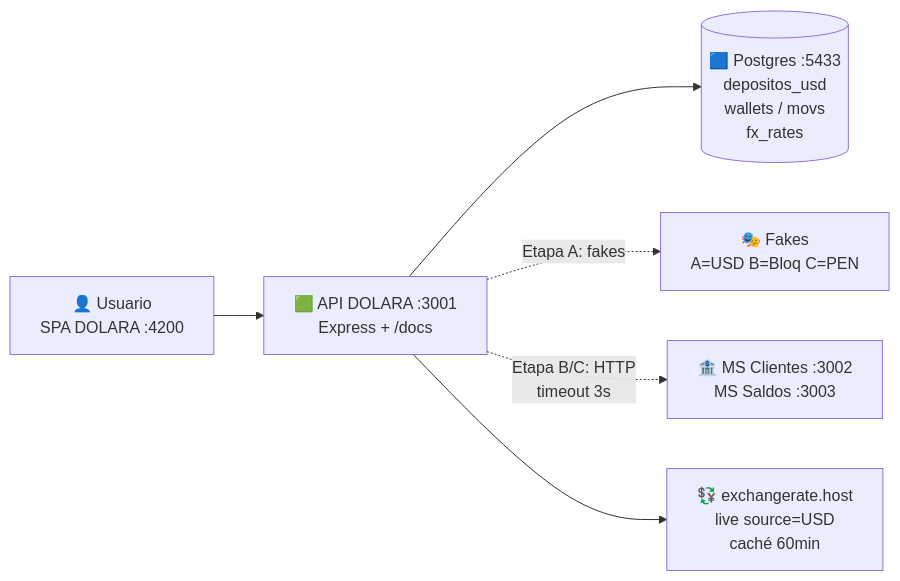
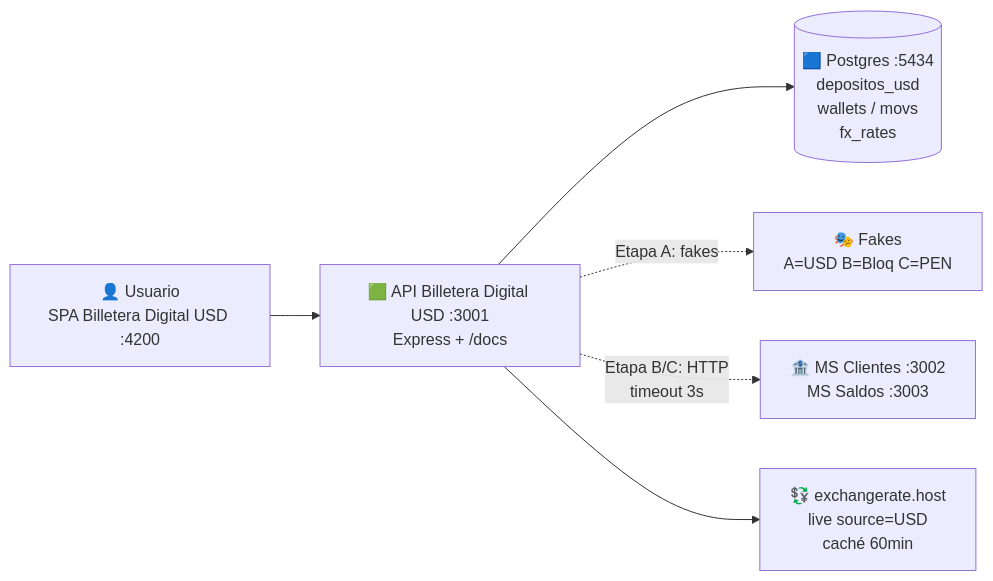
The first of 5 diagrams in specs/001-billetera-usd/06_ARQUITECTURA_Y_FLUJOS.md (Sebitafx/dolara-billetera-usd), drawn with Mermaid before and after one commit. The commit also changed other lines of this file and 63 other files, not shown here.

Commit message:
feat: completar billetera USD y contrato de integración

````diff
--- a/specs/001-billetera-usd/06_ARQUITECTURA_Y_FLUJOS.md
+++ b/specs/001-billetera-usd/06_ARQUITECTURA_Y_FLUJOS.md
@@ -31,8 +31,8 @@
 ```mermaid
 flowchart LR
-  U[👤 Usuario<br/>SPA DOLARA :4200] --> API[🟩 API DOLARA :3001<br/>Express + /docs]
-  API --> DB[(🟦 Postgres :5433<br/>depositos_usd<br/>wallets / movs<br/>fx_rates)]
+  U[👤 Usuario<br/>SPA Billetera Digital USD :4200] --> API[🟩 API Billetera Digital USD :3001<br/>Express + /docs]
+  API --> DB[(🟦 Postgres :5434<br/>depositos_usd<br/>wallets / movs<br/>fx_rates)]
   API -.->|Etapa A: fakes| FAKE[🎭 Fakes<br/>A=USD B=Bloq C=PEN]
   API -.->|Etapa B/C: HTTP<br/>timeout 3s| EXT[🏦 MS Clientes :3002<br/>MS Saldos :3003]
   API --> FX[💱 exchangerate.host<br/>live source=USD<br/>caché 60min]
 ```
````
